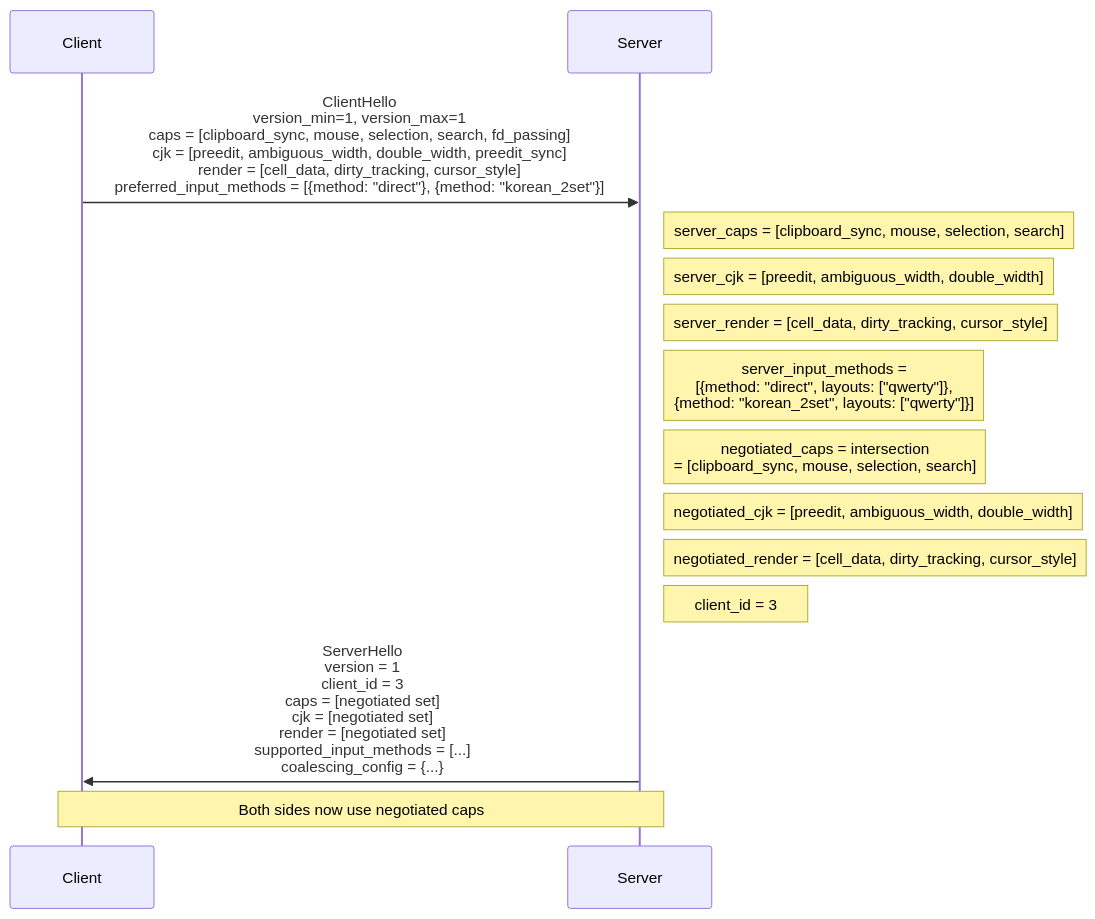
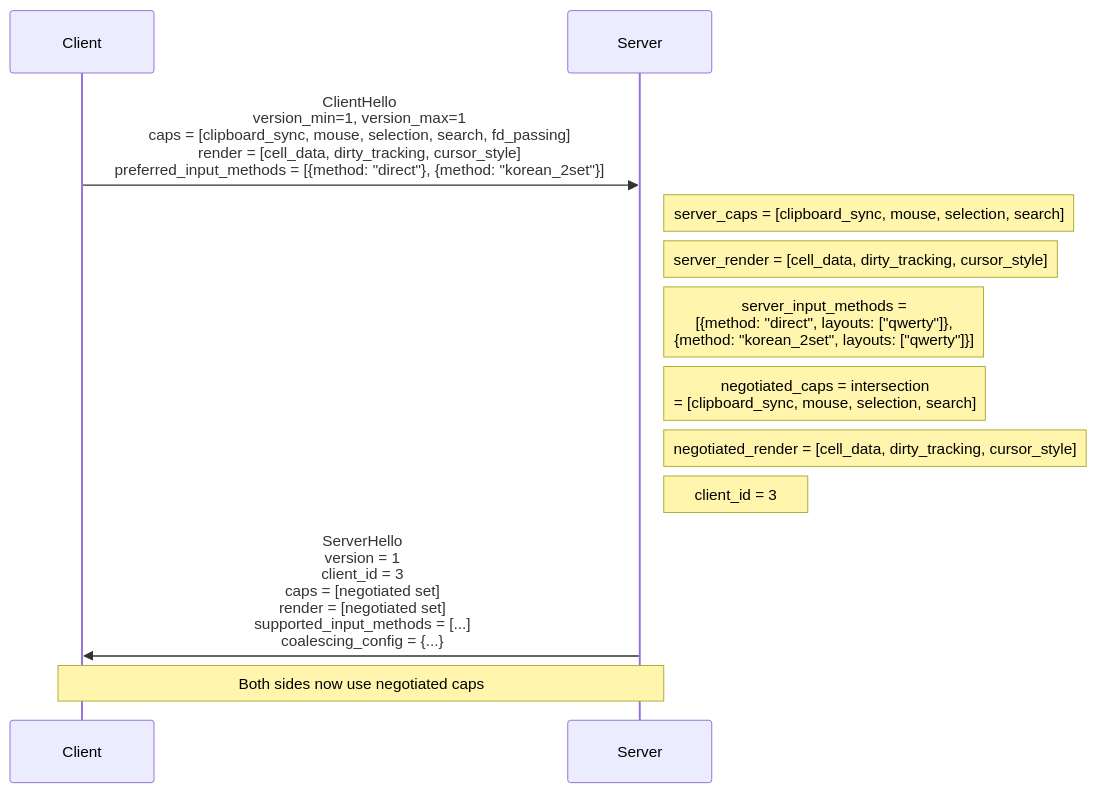
Before and after one commit to powdream-org/it-shell3: the second of 2 diagrams in docs/modules/libitshell3-protocol/02-design-docs/server-client-protocols/draft/v1.0-r12/02-handshake-capability-negotiation.md, drawn with Mermaid. The commit also changed other lines of this file, not shown here.

First line of the commit message:
docs(protocol): remove CJK capability flags from handshake spec

````diff
--- a/docs/modules/libitshell3-protocol/02-design-docs/server-client-protocols/draft/v1.0-r12/02-handshake-capability-negotiation.md
+++ b/docs/modules/libitshell3-protocol/02-design-docs/server-client-protocols/draft/v1.0-r12/02-handshake-capability-negotiation.md
@@ -737,20 +634,18 @@
 ```mermaid
 sequenceDiagram
     participant Client
     participant Server
 
-    Client->>Server: ClientHello<br/>version_min=1, version_max=1<br/>caps = [clipboard_sync, mouse, selection, search, fd_passing]<br/>cjk = [preedit, ambiguous_width, double_width, preedit_sync]<br/>render = [cell_data, dirty_tracking, cursor_style]<br/>preferred_input_methods = [{method: "direct"}, {method: "korean_2set"}]
+    Client->>Server: ClientHello<br/>version_min=1, version_max=1<br/>caps = [clipboard_sync, mouse, selection, search, fd_passing]<br/>render = [cell_data, dirty_tracking, cursor_style]<br/>preferred_input_methods = [{method: "direct"}, {method: "korean_2set"}]
 
     Note right of Server: server_caps = [clipboard_sync, mouse, selection, search]
-    Note right of Server: server_cjk = [preedit, ambiguous_width, double_width]
     Note right of Server: server_render = [cell_data, dirty_tracking, cursor_style]
     Note right of Server: server_input_methods =<br/>[{method: "direct", layouts: ["qwerty"]},<br/>{method: "korean_2set", layouts: ["qwerty"]}]
     Note right of Server: negotiated_caps = intersection<br/>= [clipboard_sync, mouse, selection, search]
-    Note right of Server: negotiated_cjk = [preedit, ambiguous_width, double_width]
     Note right of Server: negotiated_render = [cell_data, dirty_tracking, cursor_style]
     Note right of Server: client_id = 3
 
-    Server->>Client: ServerHello<br/>version = 1<br/>client_id = 3<br/>caps = [negotiated set]<br/>cjk = [negotiated set]<br/>render = [negotiated set]<br/>supported_input_methods = [...]<br/>coalescing_config = {...}
+    Server->>Client: ServerHello<br/>version = 1<br/>client_id = 3<br/>caps = [negotiated set]<br/>render = [negotiated set]<br/>supported_input_methods = [...]<br/>coalescing_config = {...}
 
     Note over Client,Server: Both sides now use negotiated caps
 ```
````
